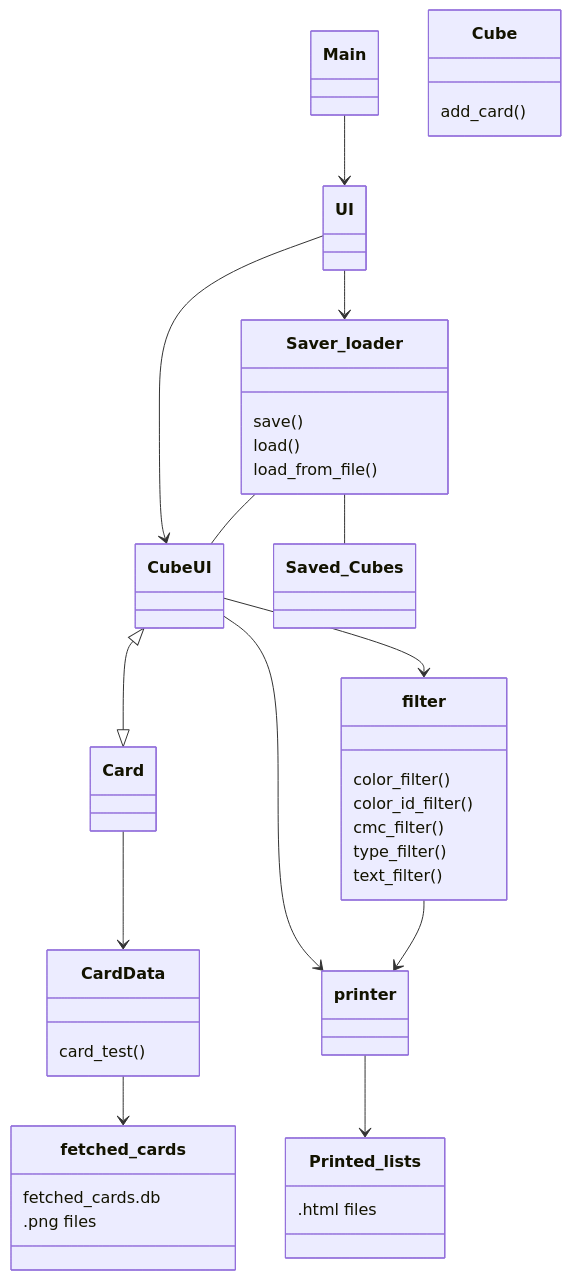
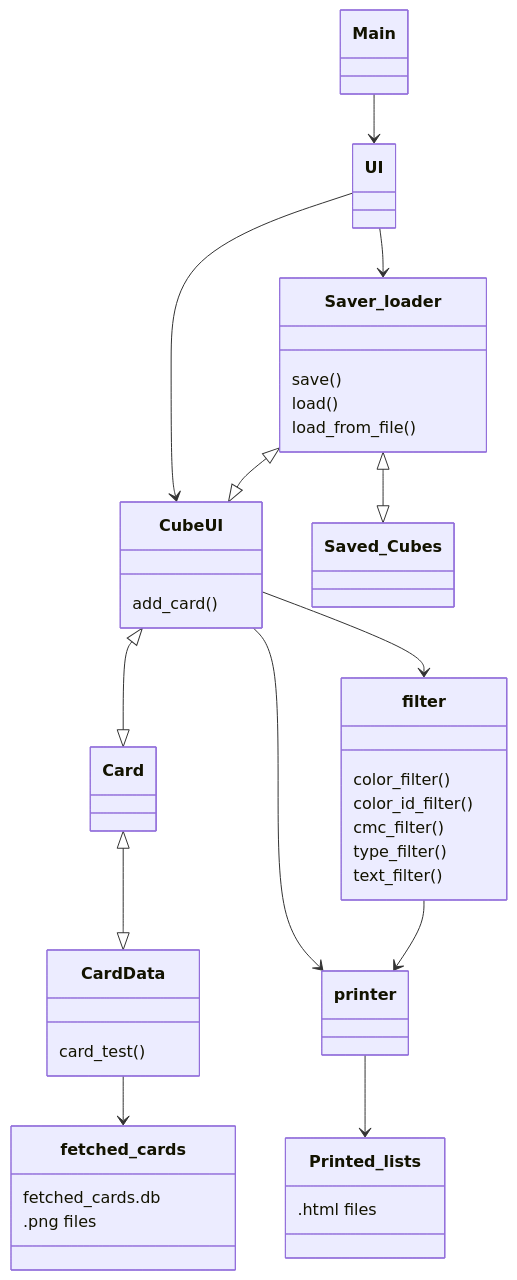
Before and after one commit to EeroAnt/ot-harjoitusty-: the second of 2 diagrams in MTG-Cube-App/dokumentaatio/arkkitehtuuri.md, drawn with Mermaid.

Commit message:
pakkauskaaviota korjattu ja hiottu

````diff
--- a/MTG-Cube-App/dokumentaatio/arkkitehtuuri.md
+++ b/MTG-Cube-App/dokumentaatio/arkkitehtuuri.md
@@ -39,40 +39,40 @@
 ```mermaid
  classDiagram
      Main --> UI
      UI --> CubeUI
      UI --> Saver_loader
-     Saver_loader -- CubeUI
-     Saver_loader -- Saved_Cubes
+     Saver_loader <|--|> CubeUI
+     Saver_loader <|--|> Saved_Cubes
      CubeUI <|--|> Card
-     Card --> CardData
+     Card  <|--|> CardData
      CubeUI --> filter
      CubeUI --> printer
      filter --> printer
      CardData --> fetched_cards
      printer --> Printed_lists
      class Saver_loader{
        save()
        load()
        load_from_file()
 }
      class CardData{
        card_test()
 }
-     class Cube{
+     class CubeUI{
        add_card()
 }
      class filter{
        color_filter()
        color_id_filter()
        cmc_filter()
        type_filter()
        text_filter()
 }
      class fetched_cards{
        fetched_cards.db
        .png files
 }
      class Printed_lists{
        .html files
 }
 ```
````
